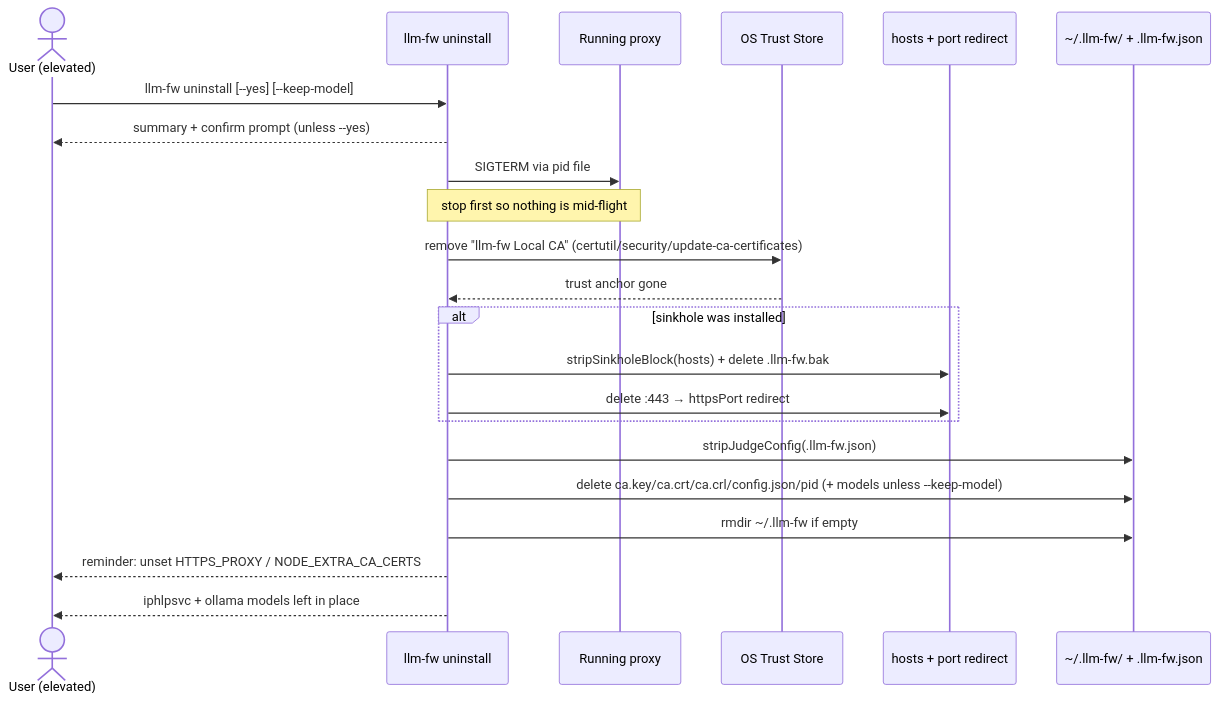
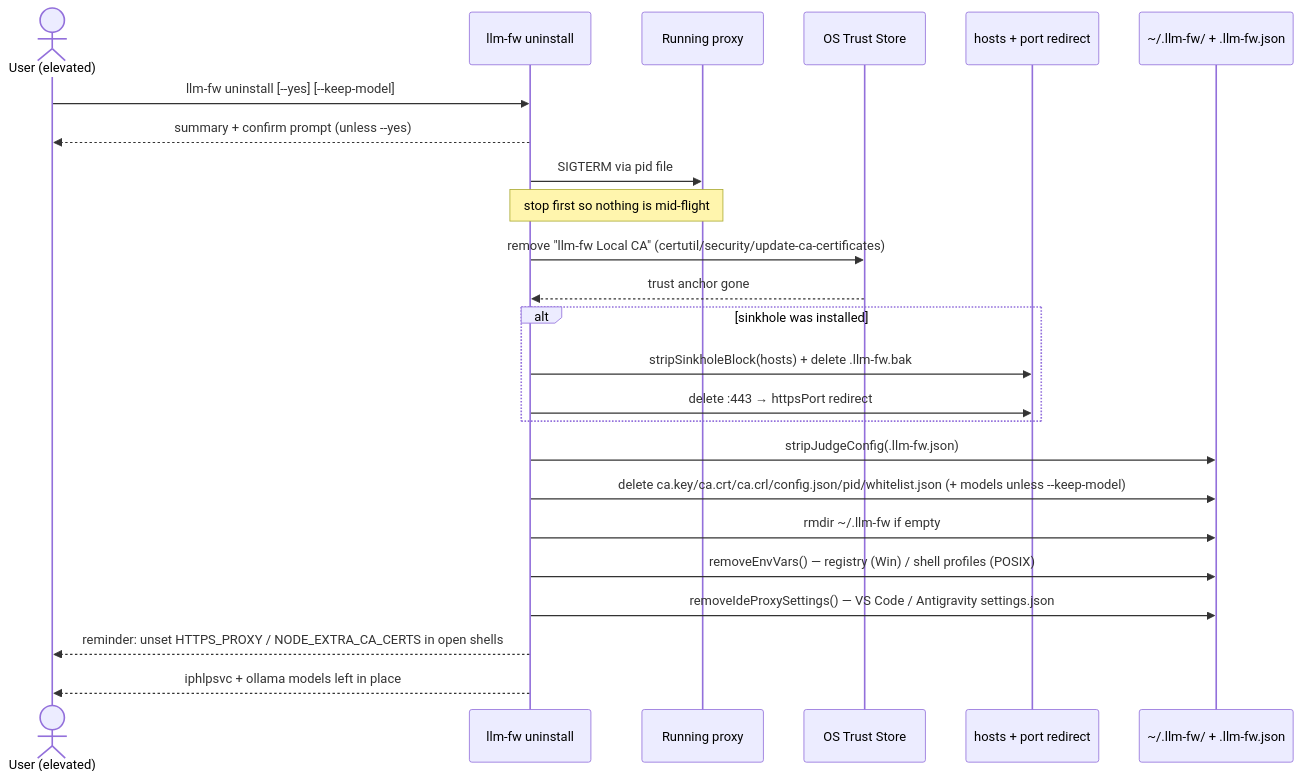
Diagram 11 of 11 in docs/ARCHITECTURE.md (PIsberg/llm-fw), drawn with Mermaid before and after one commit. The commit also changed other lines of this file and 2 other files, not shown here.

First line of the commit message:
docs: update README + ARCHITECTURE for whitelist, translate, IDE proxy & env-var uninstall

````diff
--- a/docs/ARCHITECTURE.md
+++ b/docs/ARCHITECTURE.md
@@ -516,30 +557,33 @@
 ```mermaid
 sequenceDiagram
     actor U as User (elevated)
     participant CLI as llm-fw uninstall
     participant Proc as Running proxy
     participant OS as OS Trust Store
     participant Net as hosts + port redirect
     participant FS as ~/.llm-fw/ + .llm-fw.json
 
     U->>CLI: llm-fw uninstall [--yes] [--keep-model]
     CLI-->>U: summary + confirm prompt (unless --yes)
 
     CLI->>Proc: SIGTERM via pid file
     Note over CLI,Proc: stop first so nothing is mid-flight
 
     CLI->>OS: remove "llm-fw Local CA" (certutil/security/update-ca-certificates)
     OS-->>CLI: trust anchor gone
 
     alt sinkhole was installed
         CLI->>Net: stripSinkholeBlock(hosts) + delete .llm-fw.bak
         CLI->>Net: delete :443 → httpsPort redirect
     end
 
     CLI->>FS: stripJudgeConfig(.llm-fw.json)
-    CLI->>FS: delete ca.key/ca.crt/ca.crl/config.json/pid (+ models unless --keep-model)
+    CLI->>FS: delete ca.key/ca.crt/ca.crl/config.json/pid/whitelist.json (+ models unless --keep-model)
     CLI->>FS: rmdir ~/.llm-fw if empty
 
-    CLI-->>U: reminder: unset HTTPS_PROXY / NODE_EXTRA_CA_CERTS;
+    CLI->>FS: removeEnvVars() — registry (Win) / shell profiles (POSIX)
+    CLI->>FS: removeIdeProxySettings() — VS Code / Antigravity settings.json
+
+    CLI-->>U: reminder: unset HTTPS_PROXY / NODE_EXTRA_CA_CERTS in open shells;
     CLI-->>U: iphlpsvc + ollama models left in place
 ```
````
